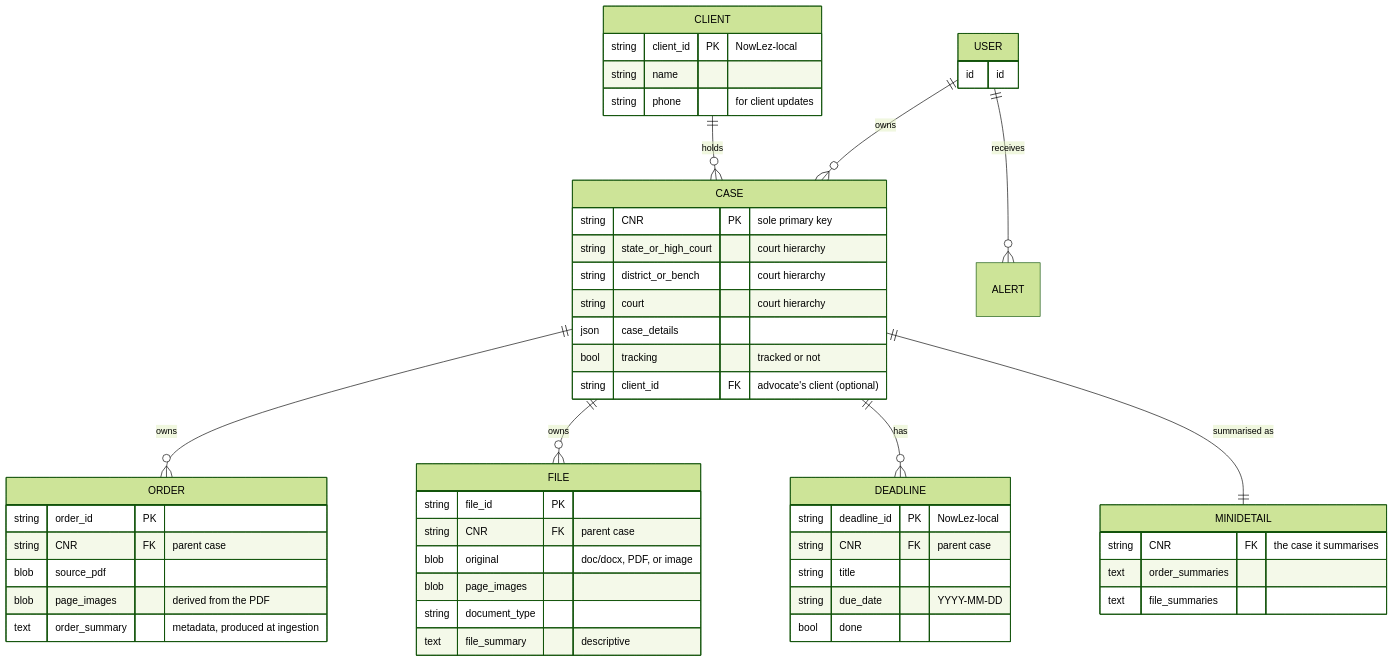
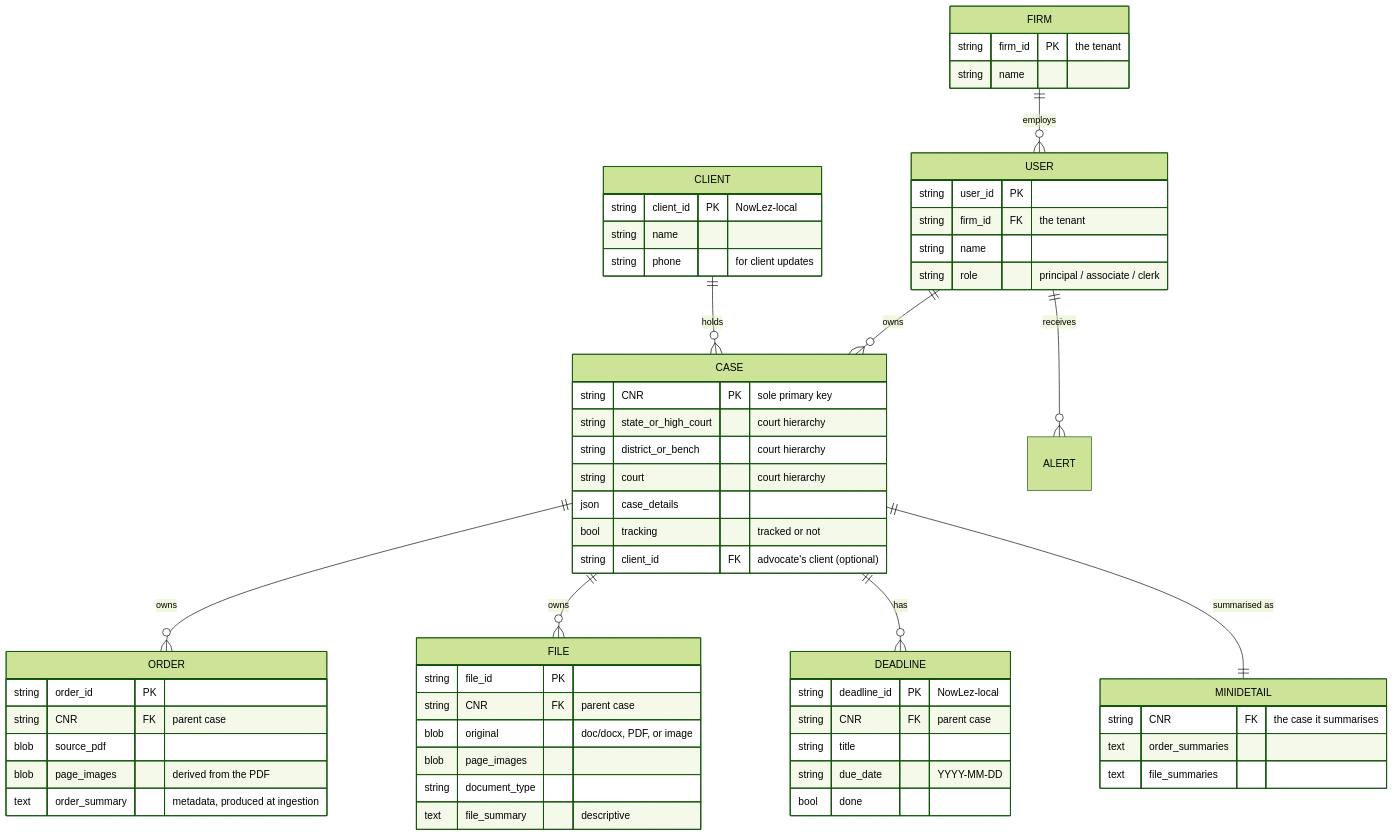
One commit to Rithik150500/NowlezMunshi changed the diagram in docs/data-model.md. Above: the diagram before and after it, drawn with Mermaid (forest theme). The commit also changed other lines of this file and 8 other files, not shown here.

````diff
--- a/docs/data-model.md
+++ b/docs/data-model.md
@@ -7,55 +7,63 @@
 ```mermaid
 erDiagram
+    FIRM ||--o{ USER : employs
     USER ||--o{ CASE : owns
     USER ||--o{ ALERT : receives
     CLIENT ||--o{ CASE : holds
     CASE ||--o{ ORDER : owns
     CASE ||--o{ FILE : owns
     CASE ||--o{ DEADLINE : has
     CASE ||--|| MINIDETAIL : "summarised as"
 
+    FIRM {
+        string firm_id PK "the tenant"
+        string name
+    }
     USER {
-        id id
+        string user_id PK
+        string firm_id FK "the tenant"
+        string name
+        string role "principal / associate / clerk"
     }
     CLIENT {
         string client_id PK "NowLez-local"
         string name
         string phone "for client updates"
     }
     DEADLINE {
         string deadline_id PK "NowLez-local"
         string CNR FK "parent case"
         string title
         string due_date "YYYY-MM-DD"
         bool done
     }
     CASE {
         string CNR PK "sole primary key"
         string state_or_high_court "court hierarchy"
         string district_or_bench "court hierarchy"
         string court "court hierarchy"
         json case_details
         bool tracking "tracked or not"
         string client_id FK "advocate's client (optional)"
     }
     ORDER {
         string order_id PK
         string CNR FK "parent case"
         blob source_pdf
         blob page_images "derived from the PDF"
         text order_summary "metadata, produced at ingestion"
     }
     FILE {
         string file_id PK
         string CNR FK "parent case"
         blob original "doc/docx, PDF, or image"
         blob page_images
         string document_type
         text file_summary "descriptive"
     }
     MINIDETAIL {
         string CNR FK "the case it summarises"
         text order_summaries
         text file_summaries
     }
 ```
````
